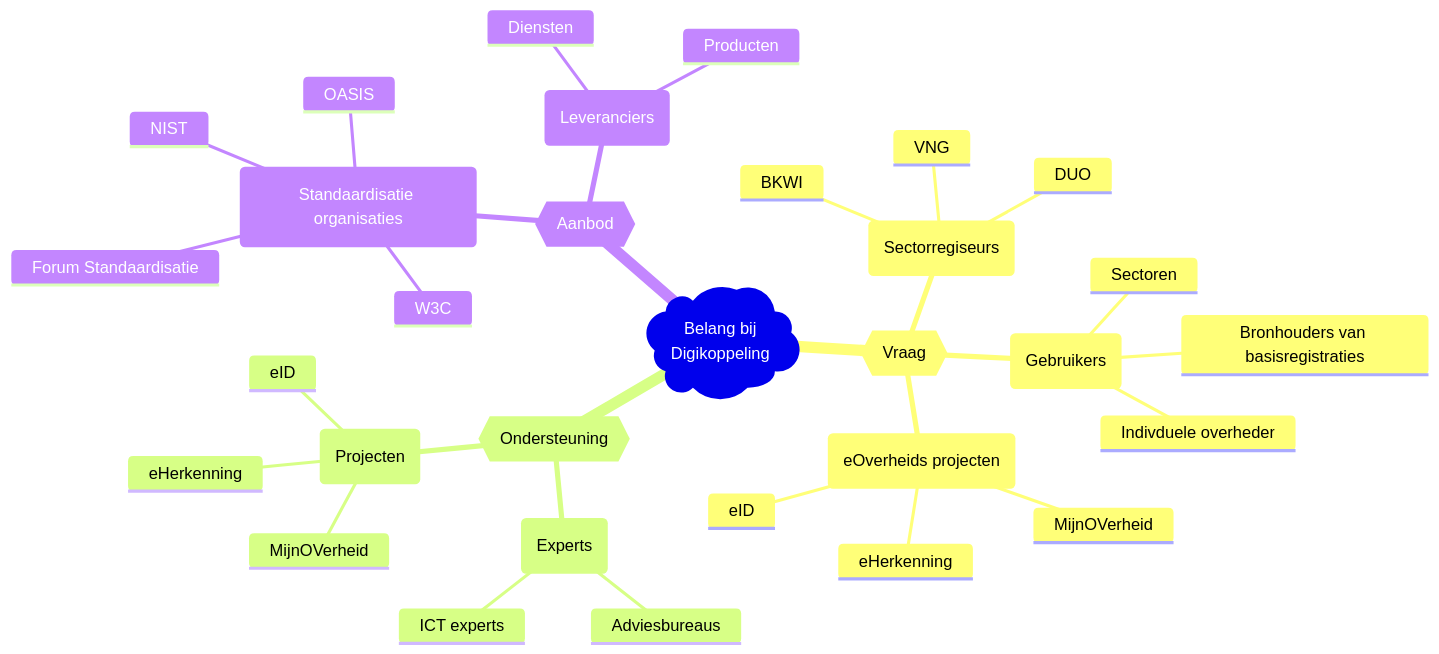
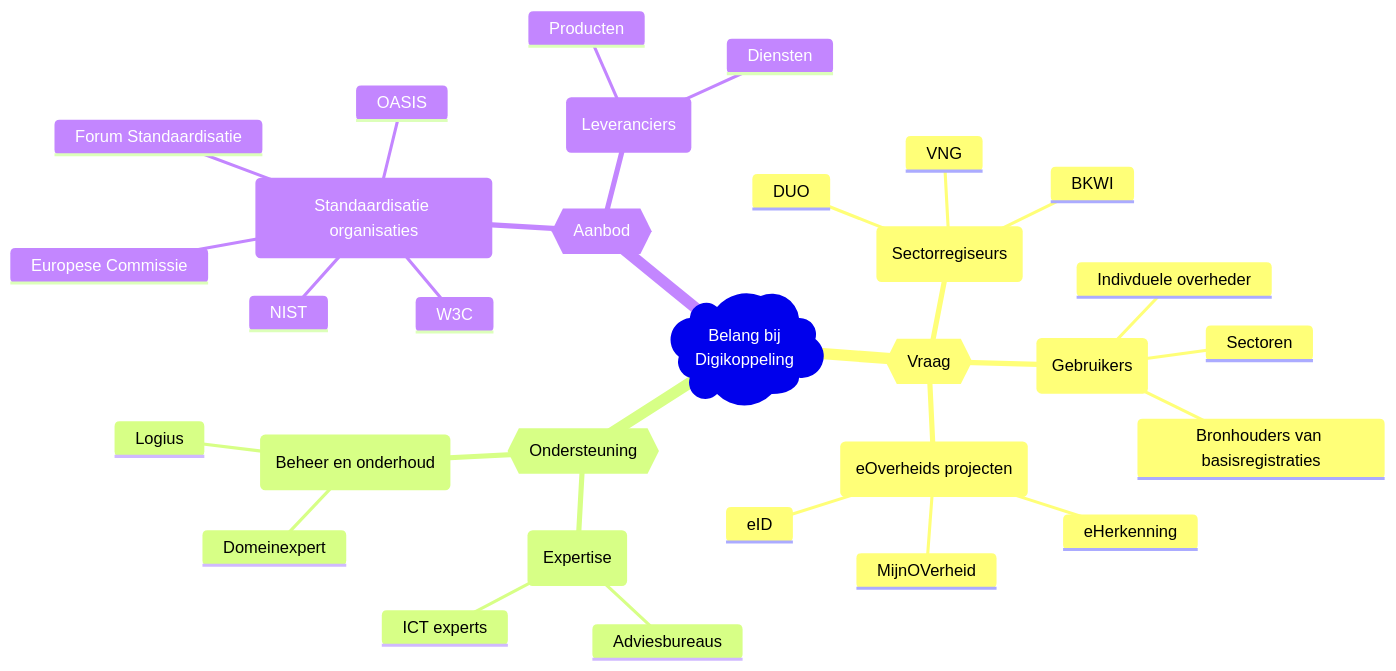
One commit to Logius-standaarden/Digikoppeling-Beheermodel changed the diagram in ch03_Tactiek.md. Above: the diagram before and after it, drawn with Mermaid.

Commit message:
Figuur belang bij Digikoppeling
Items uit origineel plaatje overgenomen

````diff
--- a/ch03_Tactiek.md
+++ b/ch03_Tactiek.md
@@ -14,34 +14,34 @@
 ```mermaid
 mindmap
   root)Belang bij<br>Digikoppeling(
     {{Vraag}}
       (Sectorregiseurs)
         VNG
         DUO
         BKWI
       (Gebruikers)
         Indivduele overheder
         Sectoren
         Bronhouders van basisregistraties
       (eOverheids projecten)
         MijnOVerheid
         eHerkenning
         eID
     {{Ondersteuning}}
-      (Experts)
+      (Expertise)
         Adviesbureaus
         ICT experts
-      (Projecten)
-        MijnOVerheid
-        eHerkenning
-        eID
+      (Beheer en onderhoud)
+        Domeinexpert
+        Logius
     {{Aanbod}}
       (Standaardisatie organisaties)
         OASIS
         W3C
         NIST
         Forum Standaardisatie
+        Europese Commissie
       (Leveranciers)
         Diensten
         Producten
 ```
````
